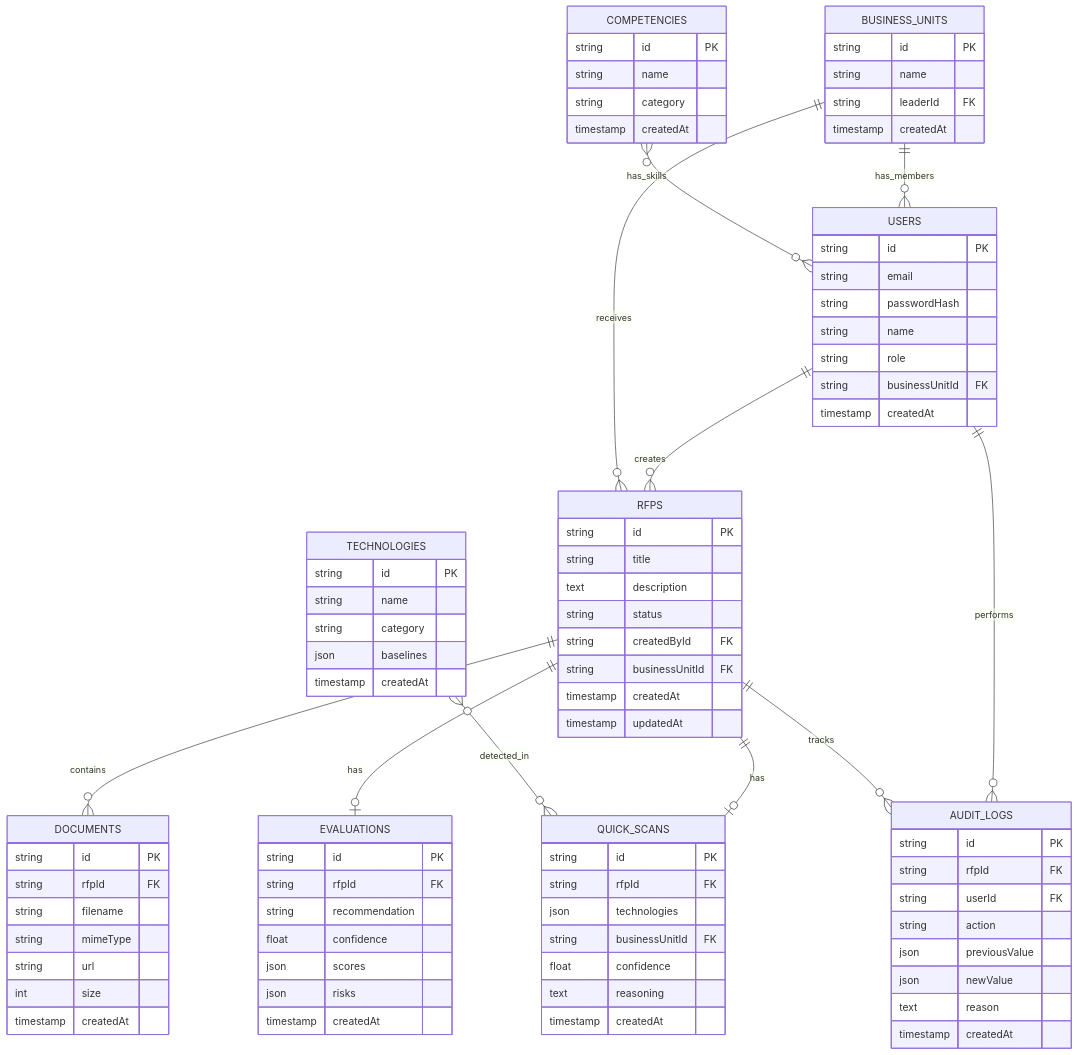
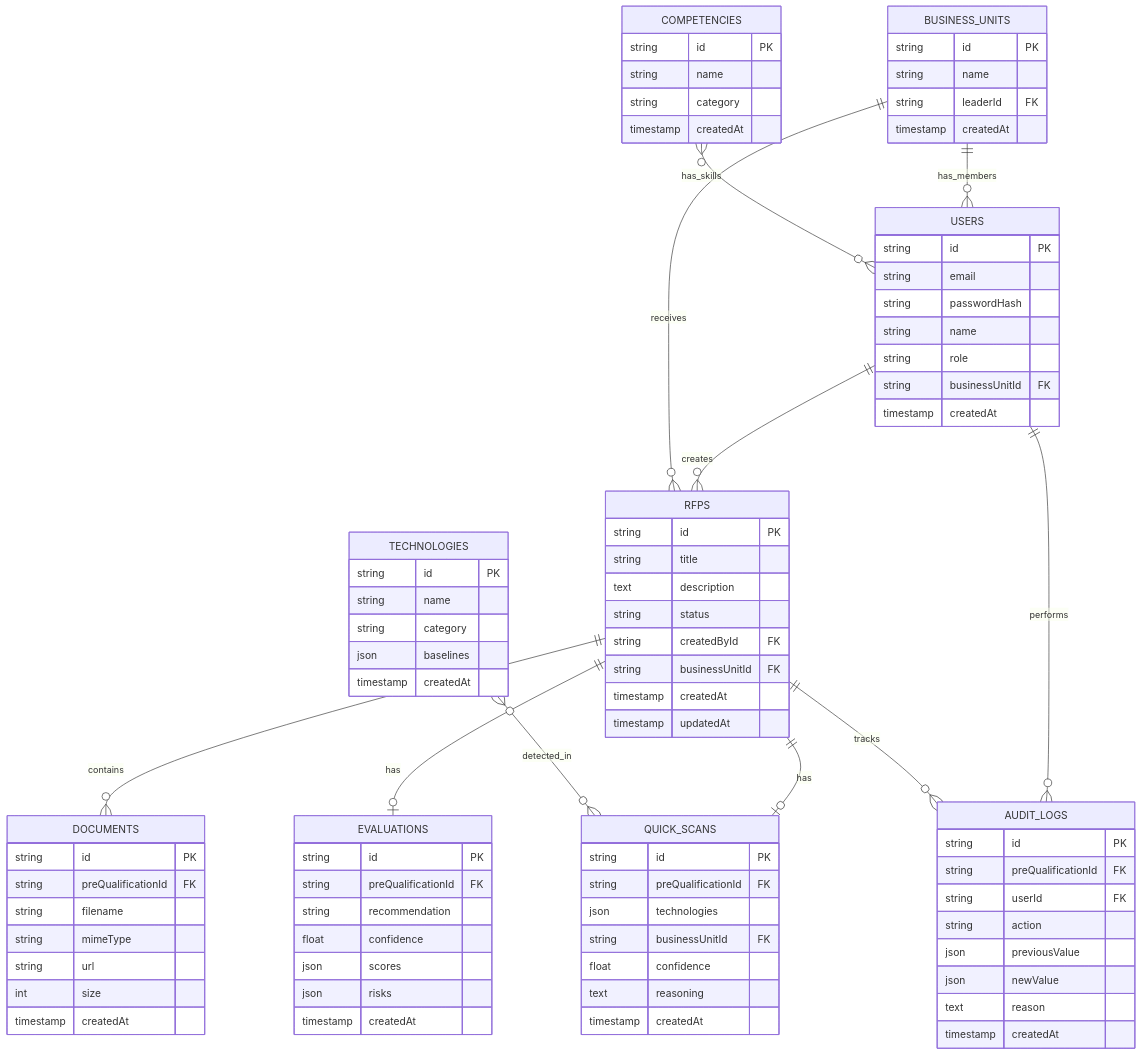
The fifth of 9 diagrams in ARCHITECTURE.md (maphilipps/dealhunter), drawn with Mermaid before and after one commit. The commit also changed 121 other files, not shown here.

```diff
--- a/ARCHITECTURE.md
+++ b/ARCHITECTURE.md
@@ -464,7 +464,7 @@
 
     QUICK_SCANS {
         string id PK
-        string rfpId FK
+        string preQualificationId FK
         json technologies
         string businessUnitId FK
         float confidence
@@ -474,7 +474,7 @@
 
     EVALUATIONS {
         string id PK
-        string rfpId FK
+        string preQualificationId FK
         string recommendation
         float confidence
         json scores
@@ -484,7 +484,7 @@
 
     DOCUMENTS {
         string id PK
-        string rfpId FK
+        string preQualificationId FK
         string filename
         string mimeType
         string url
@@ -509,7 +509,7 @@
 
     AUDIT_LOGS {
         string id PK
-        string rfpId FK
+        string preQualificationId FK
         string userId FK
         string action
         json previousValue
```
